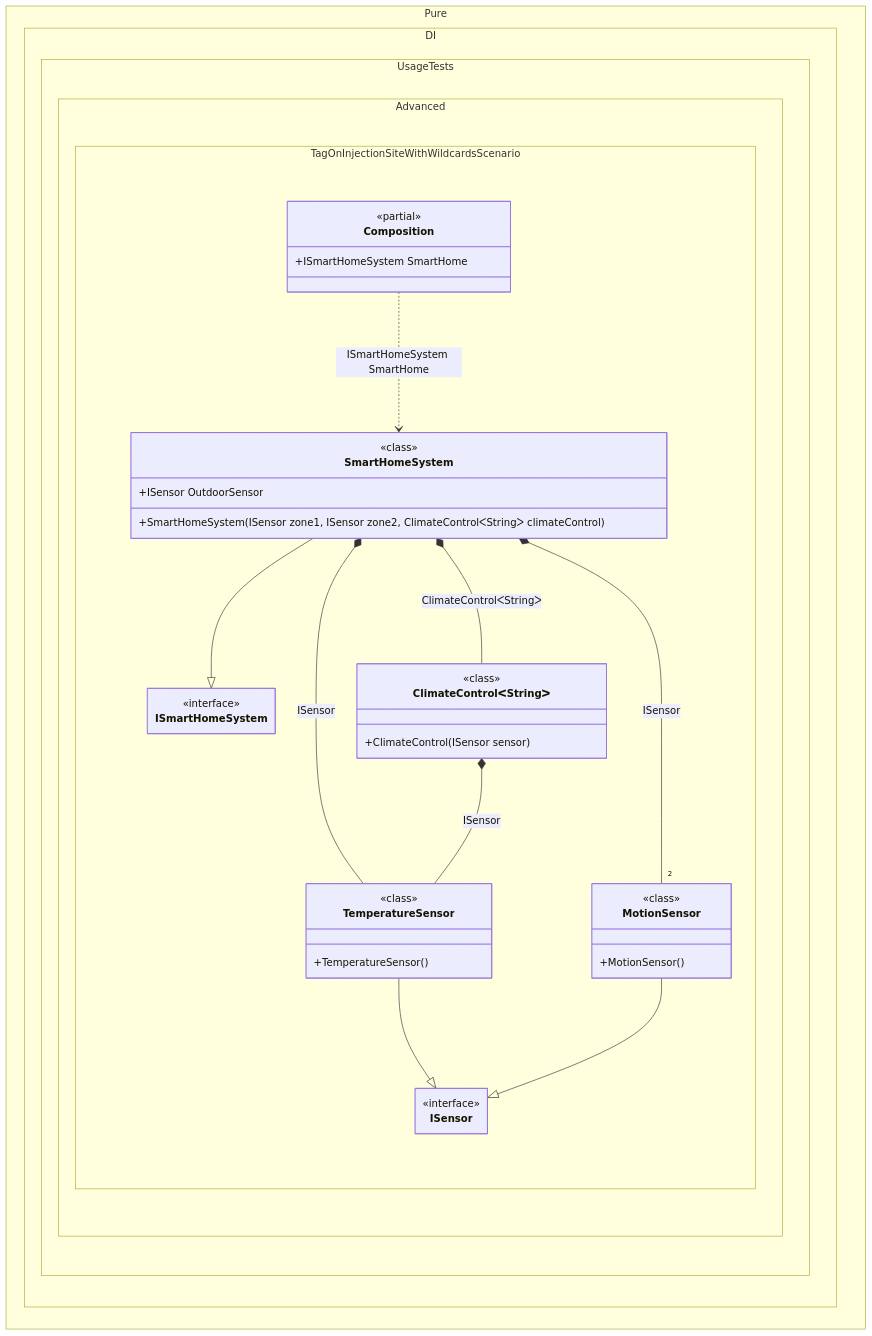
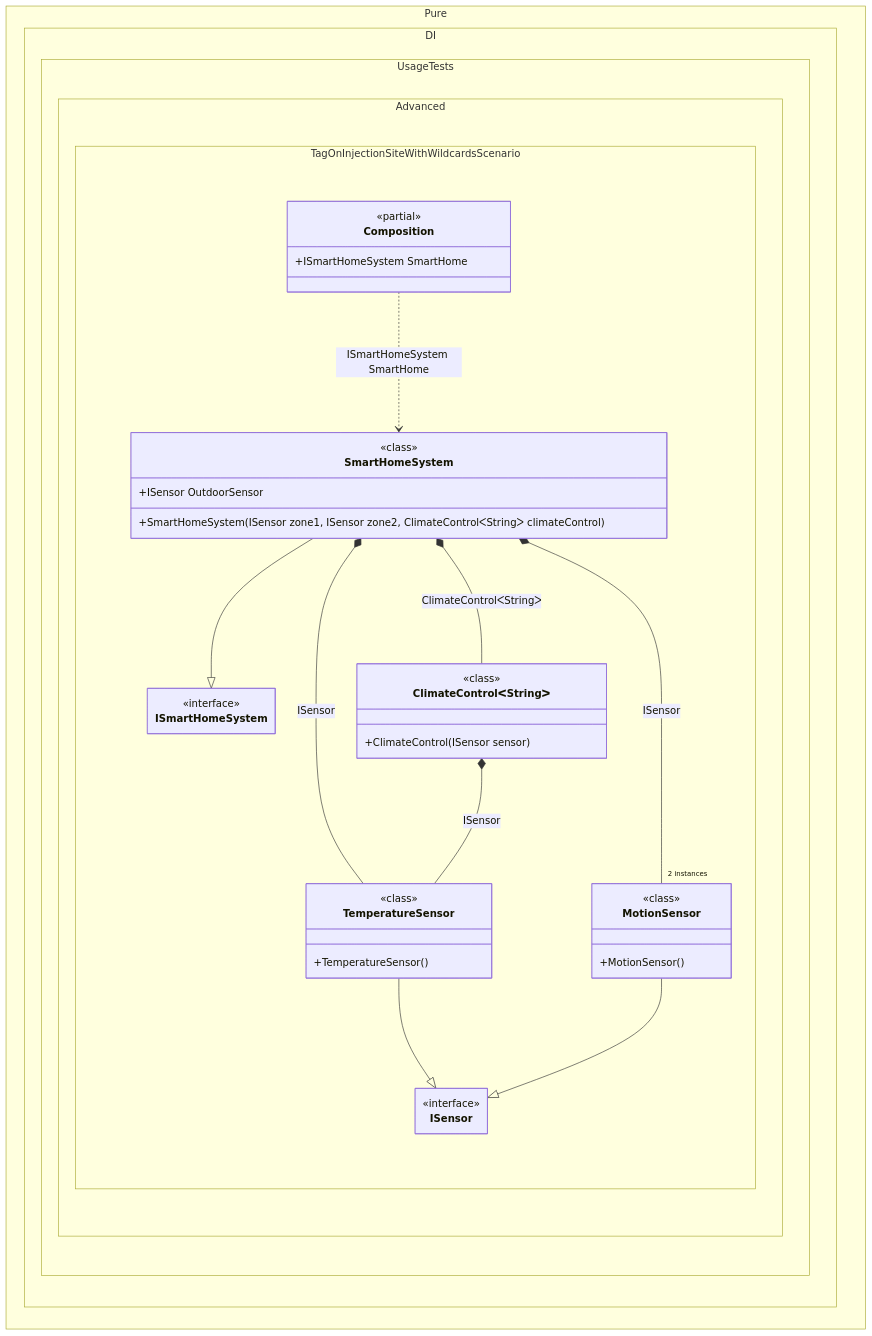
The diagram in readme/tag-on-injection-site-with-wildcards.md (MaiKuraki/Pure.DI), drawn with Mermaid before and after one commit. The commit also changed other lines of this file and 152 other files, not shown here.

````diff
--- a/readme/tag-on-injection-site-with-wildcards.md
+++ b/readme/tag-on-injection-site-with-wildcards.md
@@ -129,47 +129,45 @@
 ```mermaid
 ---
  config:
-  maxTextSize: 2147483647
-  maxEdges: 2147483647
   class:
    hideEmptyMembersBox: true
 ---
 classDiagram
 	TemperatureSensor --|> ISensor
 	MotionSensor --|> ISensor
 	SmartHomeSystem --|> ISmartHomeSystem
 	Composition ..> SmartHomeSystem : ISmartHomeSystem SmartHome
-	SmartHomeSystem *--  TemperatureSensor : ISensor
-	SmartHomeSystem *-- "2 " MotionSensor : ISensor
-	SmartHomeSystem *--  ClimateControlᐸStringᐳ : ClimateControlᐸStringᐳ
-	ClimateControlᐸStringᐳ *--  TemperatureSensor : ISensor
+	SmartHomeSystem *-- TemperatureSensor : ISensor
+	SmartHomeSystem *-- "2 instances" MotionSensor : ISensor
+	SmartHomeSystem *-- ClimateControlᐸStringᐳ : ClimateControlᐸStringᐳ
+	ClimateControlᐸStringᐳ *-- TemperatureSensor : ISensor
 	namespace Pure.DI.UsageTests.Advanced.TagOnInjectionSiteWithWildcardsScenario {
 		class ClimateControlᐸStringᐳ {
 				<<class>>
 			+ClimateControl(ISensor sensor)
 		}
 		class Composition {
 		<<partial>>
 		+ISmartHomeSystem SmartHome
 		}
 		class ISensor {
 			<<interface>>
 		}
 		class ISmartHomeSystem {
 			<<interface>>
 		}
 		class MotionSensor {
 				<<class>>
 			+MotionSensor()
 		}
 		class SmartHomeSystem {
 				<<class>>
 			+SmartHomeSystem(ISensor zone1, ISensor zone2, ClimateControlᐸStringᐳ climateControl)
 			+ISensor OutdoorSensor
 		}
 		class TemperatureSensor {
 				<<class>>
 			+TemperatureSensor()
 		}
 	}
 ```
````
